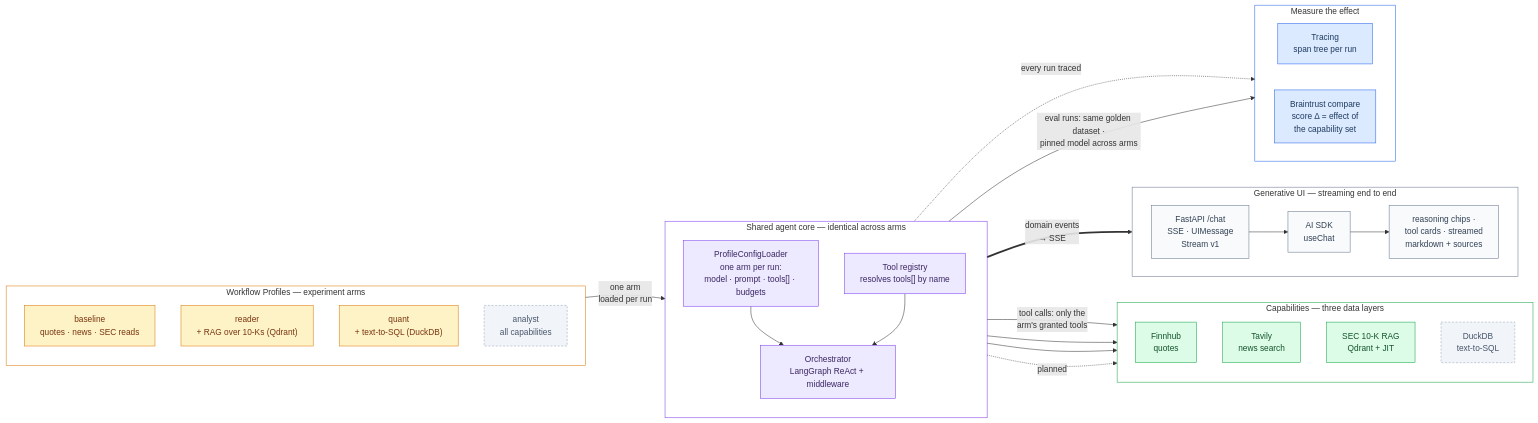
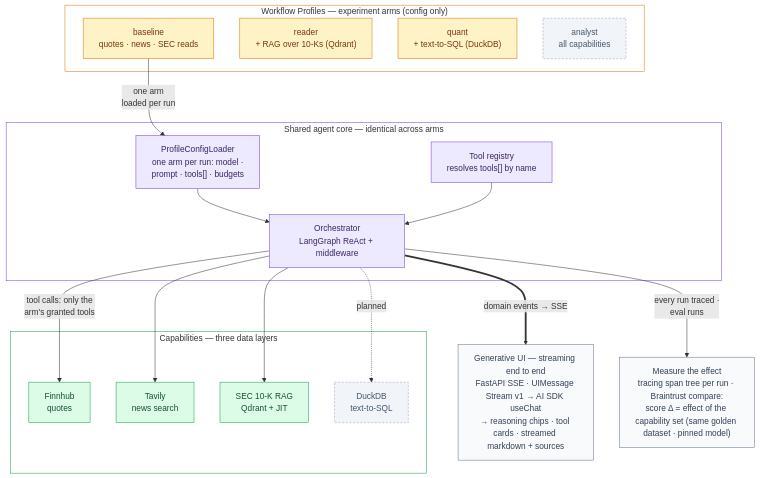
One commit to wei-yiting/fin-lab-x changed the first of 5 diagrams in README.md. Above: the diagram before and after it, drawn with Mermaid. The commit also changed other lines of this file, not shown here.

Commit message:
docs(readme): rank-driven square architecture layout, reduced palette
Replace direction-dependent LR layout (GitHub's mermaid ignores inner
subgraph direction, producing an over-wide render) with a rank-driven
TB layout that renders identically across renderers. Colors reduced to
functional distinctions only: amber arms / purple core / green data
layers; UI and measurement neutral. Drop Harness Engineering from
related talks.

````diff
--- a/README.md
+++ b/README.md
@@ -20,71 +20,52 @@
 ```mermaid
-flowchart LR
-    subgraph Arms["Workflow Profiles — experiment arms"]
-        direction TB
+flowchart TB
+    subgraph Arms["Workflow Profiles — experiment arms (config only)"]
         P1["baseline<br/>quotes · news · SEC reads"]
         P2["reader<br/>+ RAG over 10-Ks (Qdrant)"]
         P3["quant<br/>+ text-to-SQL (DuckDB)"]
         P4["analyst<br/>all capabilities"]
     end
 
     subgraph Core["Shared agent core — identical across arms"]
-        direction TB
-        LOADER["ProfileConfigLoader<br/>one arm per run:<br/>model · prompt · tools[] · budgets"]
+        LOADER["ProfileConfigLoader<br/>one arm per run: model ·<br/>prompt · tools[] · budgets"]
+        REG["Tool registry<br/>resolves tools[] by name"]
         ORCH["Orchestrator<br/>LangGraph ReAct + middleware"]
-        REG["Tool registry<br/>resolves tools[] by name"]
-        LOADER --> ORCH
-        REG --> ORCH
     end
 
     subgraph Caps["Capabilities — three data layers"]
-        direction TB
         FINN["Finnhub<br/>quotes"]
         TAV["Tavily<br/>news search"]
         SECQ["SEC 10-K RAG<br/>Qdrant + JIT"]
         DUCK["DuckDB<br/>text-to-SQL"]
     end
 
-    subgraph GenUI["Generative UI — streaming end to end"]
-        direction LR
-        SSE["FastAPI /chat<br/>SSE · UIMessage<br/>Stream v1"]
-        HOOK["AI SDK<br/>useChat"]
-        RENDER["reasoning chips ·<br/>tool cards · streamed<br/>markdown + sources"]
-        SSE --> HOOK --> RENDER
-    end
-
-    subgraph Measure["Measure the effect"]
-        direction LR
-        LF["Tracing<br/>span tree per run"]
-        BT["Braintrust compare<br/>score Δ = effect of<br/>the capability set"]
-    end
+    GENUI["Generative UI — streaming end to end<br/>FastAPI SSE · UIMessage Stream v1 → AI SDK useChat<br/>→ reasoning chips · tool cards · streamed markdown + sources"]
+    MEASURE["Measure the effect<br/>tracing span tree per run · Braintrust compare:<br/>score Δ = effect of the capability set (same golden dataset · pinned model)"]
 
     P1 -- "one arm<br/>loaded per run" --> LOADER
     P2 ~~~ LOADER
-    P3 ~~~ LOADER
-    P4 ~~~ LOADER
+    P3 ~~~ REG
+    P4 ~~~ REG
+    LOADER --> ORCH
+    REG --> ORCH
     ORCH -- "tool calls: only the<br/>arm's granted tools" --> FINN
     ORCH --> TAV & SECQ
     ORCH -.->|planned| DUCK
-    ORCH == "domain events<br/>→ SSE" ==> SSE
-    ORCH -. "every run traced" .-> LF
-    ORCH -- "eval runs: same golden dataset ·<br/>pinned model across arms" --> BT
+    ORCH == "domain events → SSE" ==> GENUI
+    ORCH -- "every run traced ·<br/>eval runs" --> MEASURE
 
     classDef arm fill:#fef3c7,stroke:#d97706,color:#78350f
     classDef core fill:#ede9fe,stroke:#7c3aed,color:#3b2764
     classDef cap fill:#dcfce7,stroke:#16a34a,color:#14532d
     classDef planned fill:#f1f5f9,stroke:#94a3b8,color:#475569,stroke-dasharray:4 3
-    classDef measure fill:#dbeafe,stroke:#2563eb,color:#1e3a5f
-    classDef ui fill:#f8fafc,stroke:#64748b,color:#334155
+    classDef plain fill:#f8fafc,stroke:#64748b,color:#334155
     class P1,P2,P3 arm
     class P4 planned
     class LOADER,ORCH,REG core
     class FINN,TAV,SECQ cap
     class DUCK planned
-    class LF,BT measure
-    class SSE,HOOK,RENDER ui
+    class GENUI,MEASURE plain
     style Arms fill:transparent,stroke:#d97706
     style Core fill:transparent,stroke:#7c3aed
     style Caps fill:transparent,stroke:#16a34a
-    style GenUI fill:transparent,stroke:#64748b
-    style Measure fill:transparent,stroke:#2563eb
 ```
````
